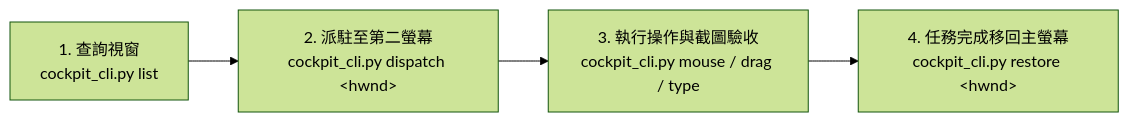
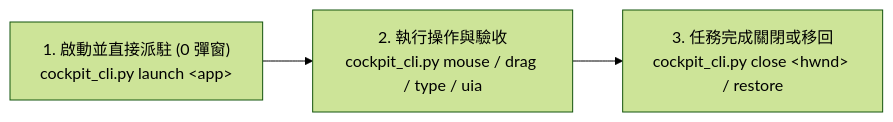
The diagram in skills/desktop-cockpit/SKILL.md (arco651749/antigravity-desktop-cockpit), drawn with Mermaid (forest theme) before and after one commit. The commit also changed other lines of this file and 5 other files, not shown here.

First line of the commit message:
feat(lifecycle): implement zero-interference app launch and graceful/force close RPC

````diff
--- a/skills/desktop-cockpit/SKILL.md
+++ b/skills/desktop-cockpit/SKILL.md
@@ -148,6 +148,5 @@
 ```mermaid
 flowchart LR
-    A["1. 查詢視窗<br/>cockpit_cli.py list"] --> B["2. 派駐至第二螢幕<br/>cockpit_cli.py dispatch &lt;hwnd&gt;"]
-    B --> C["3. 執行操作與截圖驗收<br/>cockpit_cli.py mouse / drag / type"]
-    C --> D["4. 任務完成移回主螢幕<br/>cockpit_cli.py restore &lt;hwnd&gt;"]
+    A["1. 啟動並直接派駐 (0 彈窗)<br/>cockpit_cli.py launch &lt;app&gt;"] --> B["2. 執行操作與驗收<br/>cockpit_cli.py mouse / drag / type / uia"]
+    B --> C["3. 任務完成關閉或移回<br/>cockpit_cli.py close &lt;hwnd&gt; / restore"]
 ```
````
